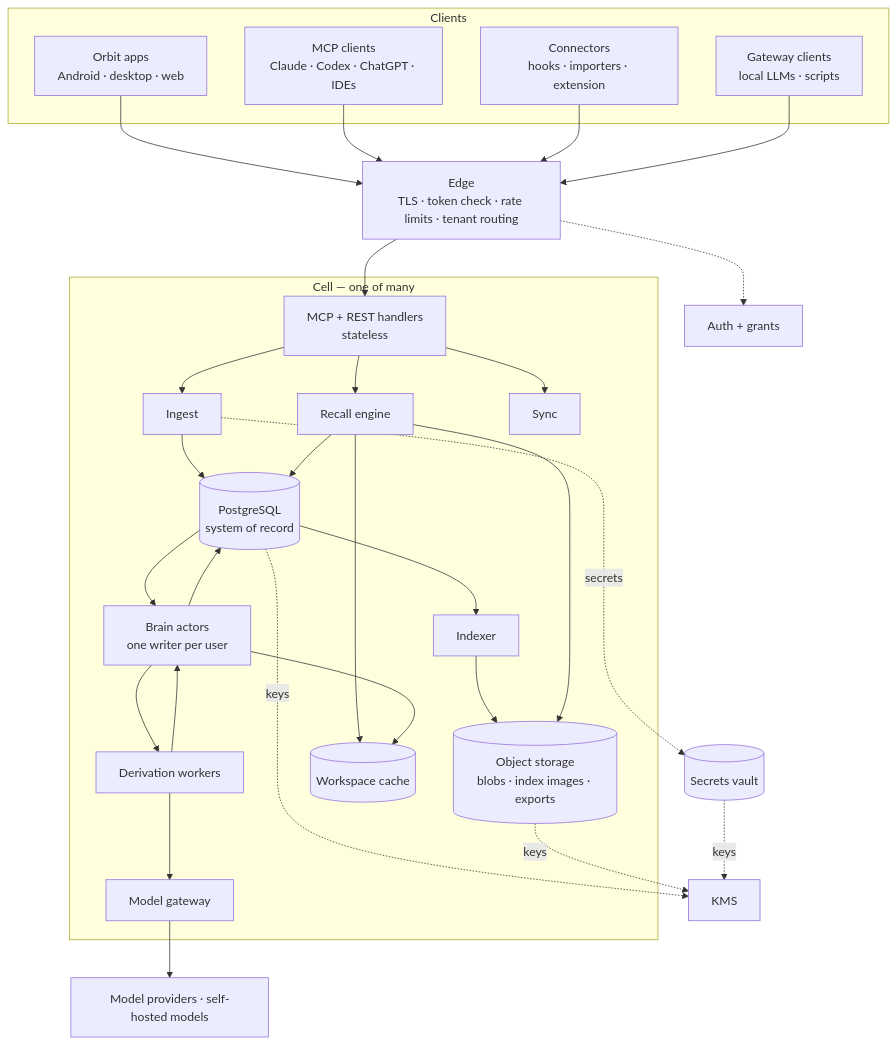
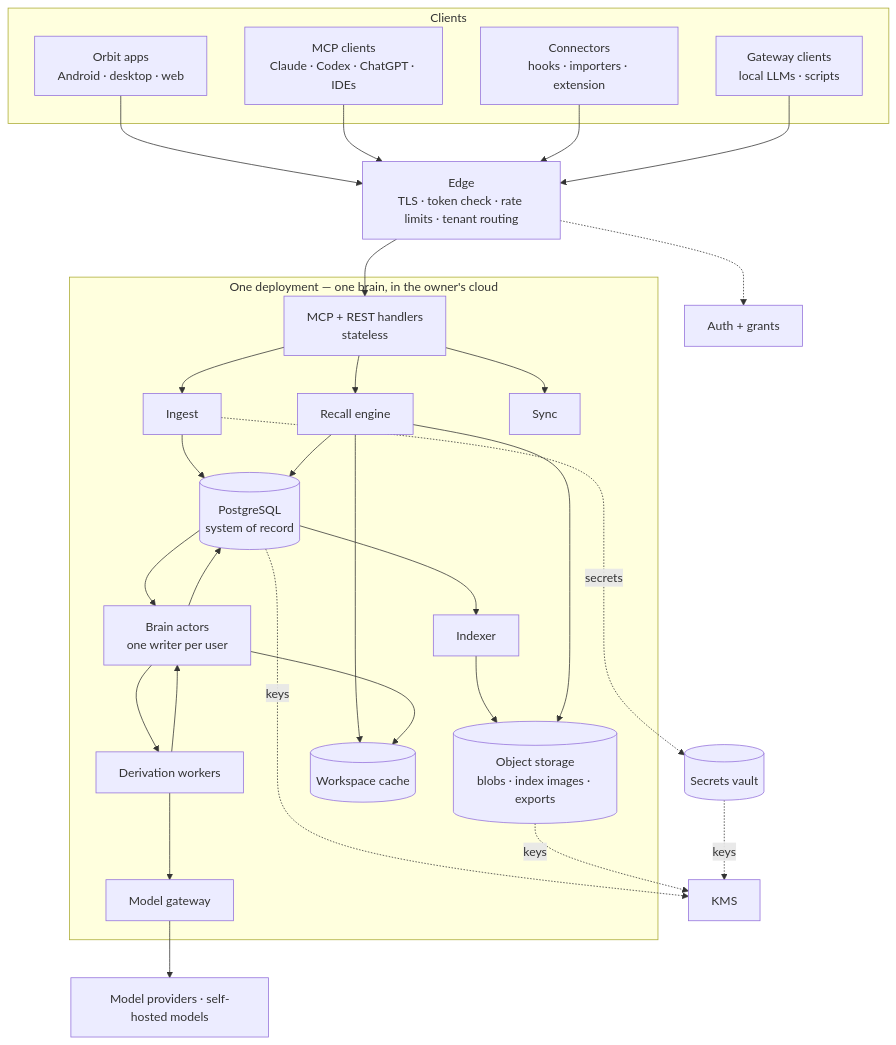
The first of 4 diagrams in docs/system-design/12-system-design.md (rudra273/orbit), drawn with Mermaid before and after one commit. The commit also changed other lines of this file and 7 other files, not shown here.

Commit message:
one brain

````diff
--- a/docs/system-design/12-system-design.md
+++ b/docs/system-design/12-system-design.md
@@ -7,42 +7,42 @@
 ```mermaid
 flowchart TB
   subgraph Clients
     A1[Orbit apps<br/>Android · desktop · web]
     A2[MCP clients<br/>Claude · Codex · ChatGPT · IDEs]
     A3[Connectors<br/>hooks · importers · extension]
     A4[Gateway clients<br/>local LLMs · scripts]
   end
 
   EDGE[Edge<br/>TLS · token check · rate limits · tenant routing]
   AUTH[Auth + grants]
 
-  subgraph CELL[Cell — one of many]
+  subgraph CELL["One deployment — one brain, in the owner's cloud"]
     API[MCP + REST handlers<br/>stateless]
     ING[Ingest]
     BA[Brain actors<br/>one writer per user]
     WK[Derivation workers]
     MG[Model gateway]
     RC[Recall engine]
     IX[Indexer]
     SY[Sync]
     PG[(PostgreSQL<br/>system of record)]
     OB[(Object storage<br/>blobs · index images · exports)]
     WS[(Workspace cache)]
   end
 
   VAULT[(Secrets vault)]
   KMS[KMS]
   MODELS[Model providers · self-hosted models]
 
   A1 & A2 & A3 & A4 --> EDGE --> API
   EDGE -.-> AUTH
   API --> ING & RC & SY
   ING --> PG
   ING -.secrets.-> VAULT
   PG --> BA --> WK --> MG --> MODELS
   WK --> BA --> PG
   PG --> IX --> OB
   RC --> OB & PG & WS
   BA --> WS
   PG & OB & VAULT -.keys.-> KMS
 ```
````
